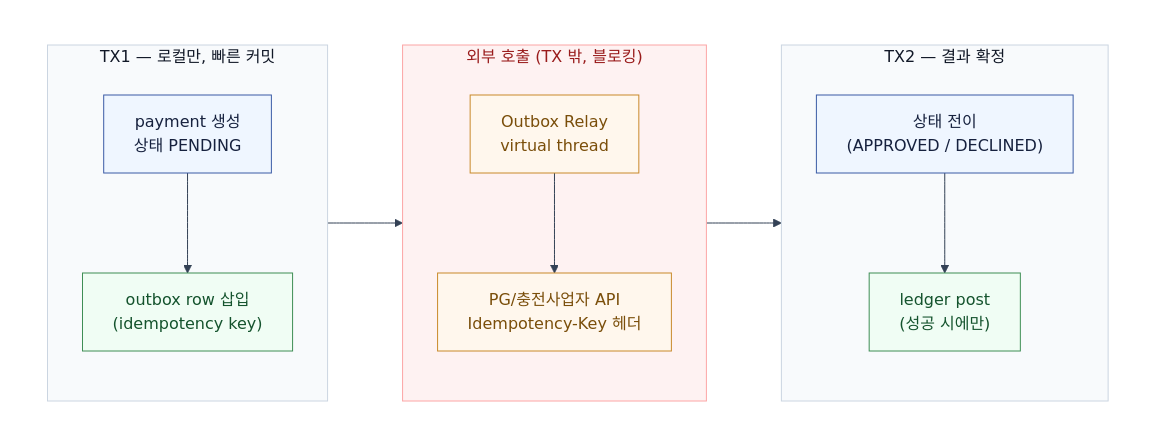
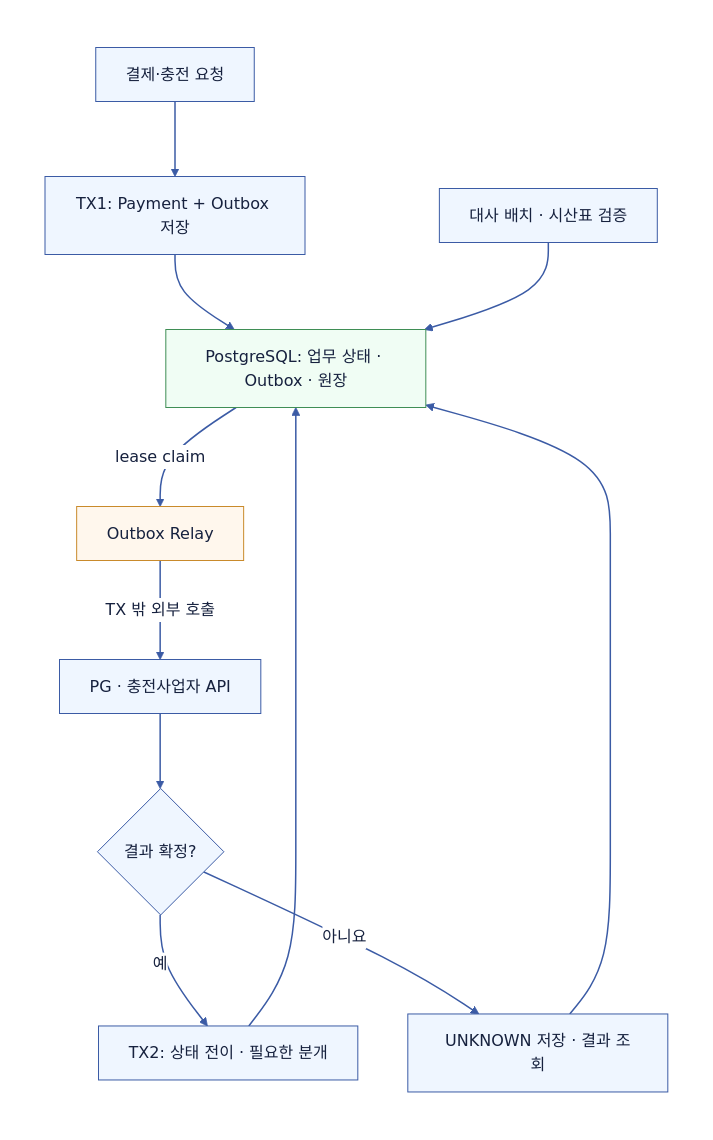
The first of 2 diagrams in computer-science/2608-payment-ledger-design.md (Hyune-s-lab/my-ai-study), drawn with Mermaid before and after one commit. The commit also changed other lines of this file and 28 other files, not shown here.

Commit message:
docs: Mermaid 호환성과 문서 가독성 개선

````diff
--- a/computer-science/2608-payment-ledger-design.md
+++ b/computer-science/2608-payment-ledger-design.md
@@ -241,51 +21,26 @@
 ```mermaid
----
-config:
-  theme: base
-  darkMode: false
-  look: classic
-  themeVariables:
-    background: "#ffffff"
-    primaryColor: "#ffffff"
-    primaryTextColor: "#111827"
-    primaryBorderColor: "#475569"
-    lineColor: "#334155"
-    edgeLabelBackground: "#ffffff"
----
-flowchart LR
+flowchart TD
+%%{init: {"theme": "base", "darkMode": false, "themeVariables": {"background": "#ffffff", "primaryColor": "#EFF6FF", "primaryTextColor": "#16213E", "primaryBorderColor": "#3B5BA5", "secondaryColor": "#F0FDF4", "tertiaryColor": "#FAF5FF", "lineColor": "#3B5BA5", "textColor": "#16213E", "edgeLabelBackground": "#ffffff", "clusterBkg": "#F8FAFC", "clusterBorder": "#CBD5E1"}}}%%
   subgraph canvas[" "]
-    direction LR
-
-    subgraph tx1["TX1 — 로컬만, 빠른 커밋"]
-      direction TB
-      p1["payment 생성\n상태 PENDING"]:::app
-      o1["outbox row 삽입\n(idempotency key)"]:::db
-      p1 --> o1
-    end
-
-    subgraph ext["외부 호출 (TX 밖, 블로킹)"]
-      direction TB
-      poll["Outbox Relay\nvirtual thread"]:::ctrl
-      apiCall["PG/충전사업자 API\nIdempotency-Key 헤더"]:::ctrl
-      poll --> apiCall
-    end
-
-    subgraph tx2["TX2 — 결과 확정"]
-      direction TB
-      p2["상태 전이\n(APPROVED / DECLINED)"]:::app
-      l2["ledger post\n(성공 시에만)"]:::db
-      p2 --> l2
-    end
-
-    o1 --> poll
-    apiCall --> p2
+    direction TD
+    client["결제·충전 요청"] --> tx1["TX1: Payment + Outbox 저장"]
+    tx1 --> db["PostgreSQL: 업무 상태 · Outbox · 원장"]
+    db -->|"lease claim"| relay["Outbox Relay"]
+    relay -->|"TX 밖 외부 호출"| external["PG · 충전사업자 API"]
+    external --> result{"결과 확정?"}
+    result -->|"예"| tx2["TX2: 상태 전이 · 필요한 분개"]
+    result -->|"아니요"| unknown["UNKNOWN 저장 · 결과 조회"]
+    tx2 --> db
+    unknown --> db
+    recon["대사 배치 · 시산표 검증"] --> db
   end
-
+  style canvas fill:#ffffff,stroke:#ffffff,color:#111827
+  linkStyle default stroke:#3B5BA5,stroke-width:1.5px
   classDef app fill:#EFF6FF,stroke:#3B5BA5,stroke-width:1px,color:#16213E
-  classDef db fill:#F0FDF4,stroke:#3F8E55,stroke-width:1px,color:#14532D
-  classDef ctrl fill:#FFF7ED,stroke:#C98A2B,stroke-width:1px,color:#7A4E0A
-  style canvas fill:#ffffff,stroke:#ffffff,stroke-width:0px,color:#111827
-  style tx1 fill:#F8FAFC,stroke:#CBD5E1,stroke-width:1px,color:#111827
-  style ext fill:#FEF2F2,stroke:#FCA5A5,stroke-width:1px,color:#991B1B
-  style tx2 fill:#F8FAFC,stroke:#CBD5E1,stroke-width:1px,color:#111827
+  class client,tx1,external,result,tx2,unknown,recon app
+  classDef db fill:#F0FDF4,stroke:#3F8E55,stroke-width:1px,color:#16213E
+  class db db
+  classDef policy fill:#FAF5FF,stroke:#A855F7,stroke-width:1px,color:#16213E
+  classDef worker fill:#FFF7ED,stroke:#C98A2B,stroke-width:1px,color:#16213E
+  class relay worker
 ```
````
